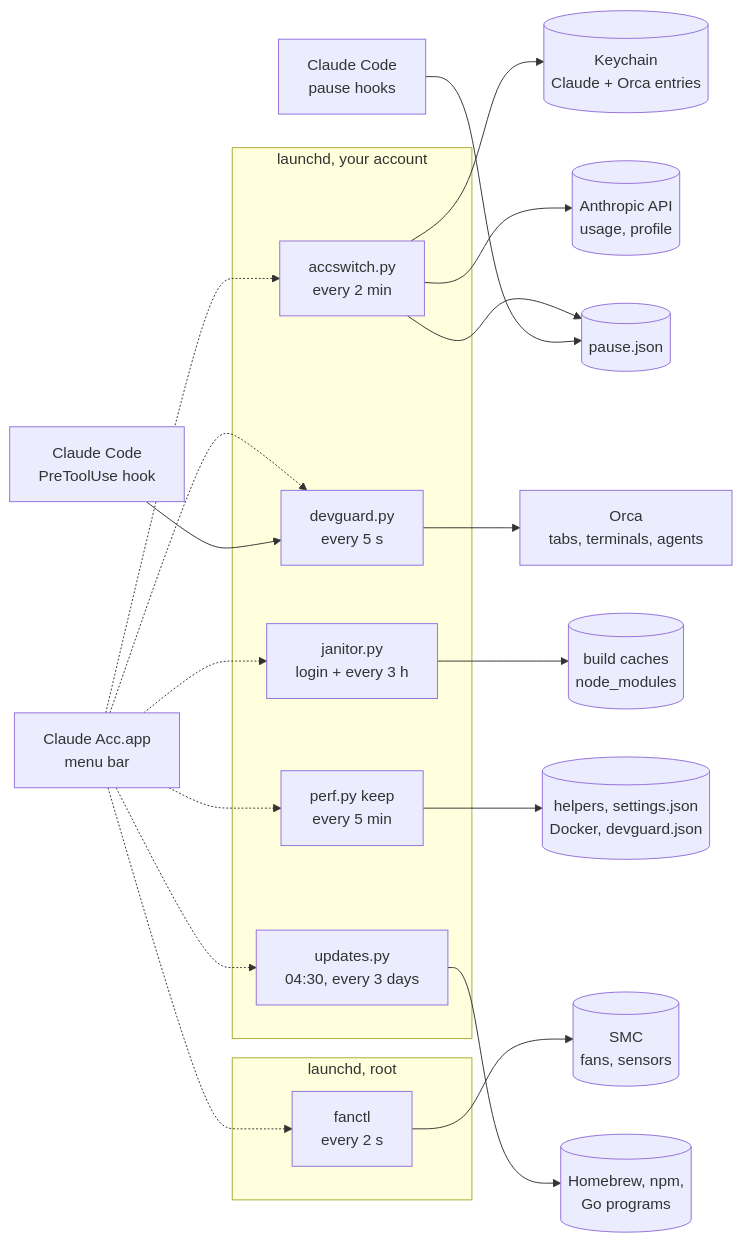
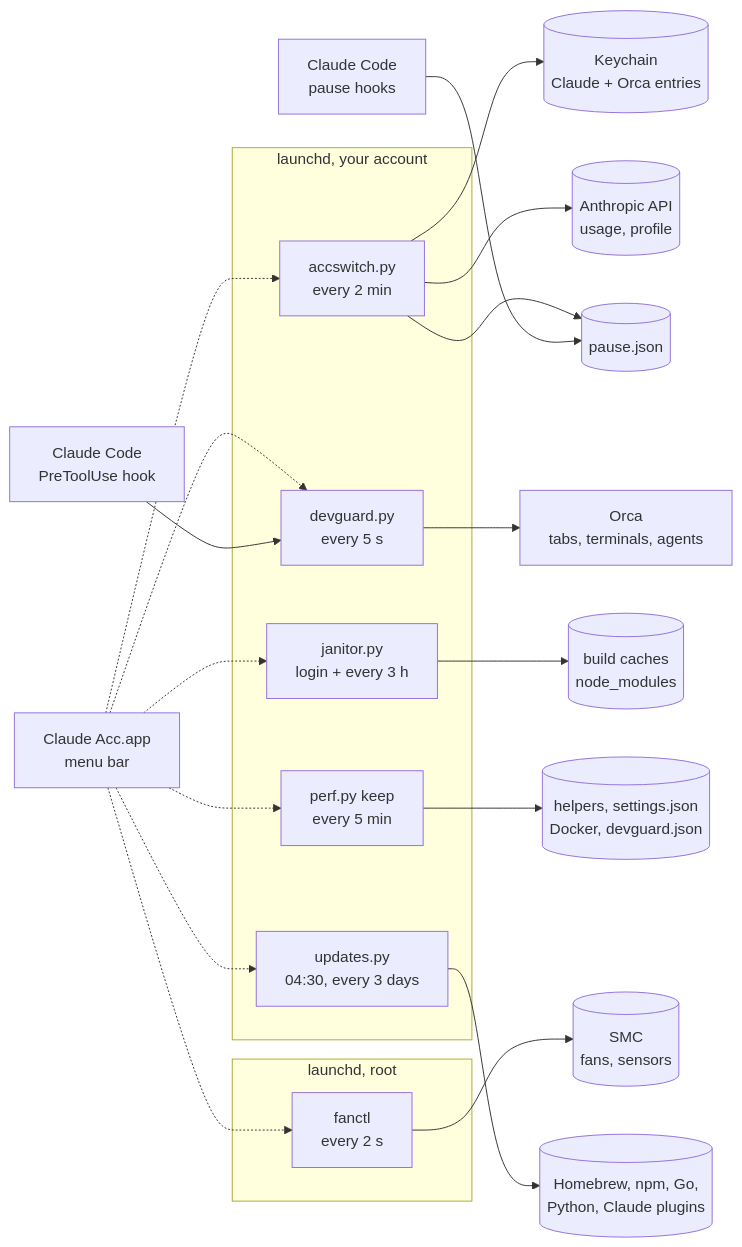
Before and after one commit to outof-place/claude-acc: the diagram in README.md, drawn with Mermaid. The commit also changed other lines of this file and 10 other files, not shown here.

Commit message:
feat: update Python itself and Claude Code, roll back broken imports

````diff
--- a/README.md
+++ b/README.md
@@ -57,33 +57,33 @@
 ```mermaid
 flowchart LR
     app["Claude Acc.app<br/>menu bar"]
     subgraph user["launchd, your account"]
         tick["accswitch.py<br/>every 2 min"]
         guard["devguard.py<br/>every 5 s"]
         janitor["janitor.py<br/>login + every 3 h"]
         perf["perf.py keep<br/>every 5 min"]
         updates["updates.py<br/>04:30, every 3 days"]
     end
     subgraph root["launchd, root"]
         fans["fanctl<br/>every 2 s"]
     end
     hook["Claude Code<br/>PreToolUse hook"]
     pausehooks["Claude Code<br/>pause hooks"]
     pause[("pause.json")]
     keychain[("Keychain<br/>Claude + Orca entries")]
     api[("Anthropic API<br/>usage, profile")]
     orca["Orca<br/>tabs, terminals, agents"]
     disk[("build caches<br/>node_modules")]
     tuned[("helpers, settings.json<br/>Docker, devguard.json")]
     smc[("SMC<br/>fans, sensors")]
-    pkgs[("Homebrew, npm,<br/>Go programs")]
+    pkgs[("Homebrew, npm, Go,<br/>Python, Claude plugins")]
     app -.-> tick & guard & janitor & perf & fans & updates
     tick --> keychain & api & pause
     pausehooks --> pause
     guard --> orca
     janitor --> disk
     perf --> tuned
     updates --> pkgs
     fans --> smc
     hook --> guard
 ```
````
